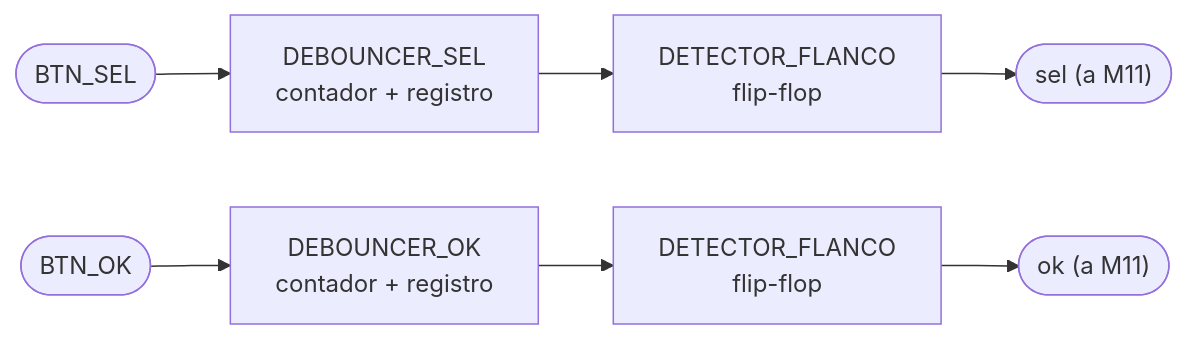
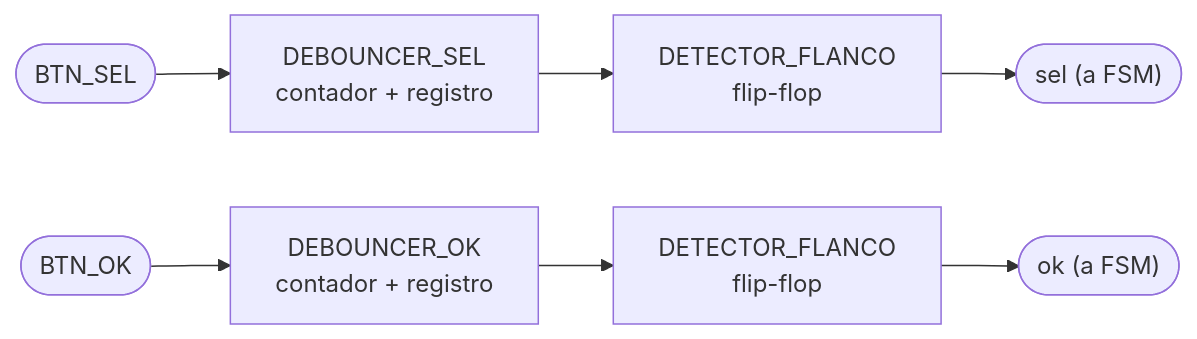
One commit to Taller-de-diseno-digital-GR01/Proyecto-2-Ahorcado changed the tenth of 13 diagrams in docs/diseño/diagramas/nivel03.md. Above: the diagram before and after it, drawn with Mermaid. The commit also changed other lines of this file and 1 other file, not shown here.

````diff
--- a/docs/diseño/diagramas/nivel03.md
+++ b/docs/diseño/diagramas/nivel03.md
@@ -366,9 +396,9 @@
 ```mermaid
 flowchart LR
     IN_SEL(["BTN_SEL"]) --> DEB1["DEBOUNCER_SEL<br/>contador + registro"]
     DEB1 --> EDGE1["DETECTOR_FLANCO<br/>flip-flop"]
-    EDGE1 --> OUT_SEL(["sel (a M11)"])
+    EDGE1 --> OUT_SEL(["sel (a FSM)"])
     IN_OK(["BTN_OK"]) --> DEB2["DEBOUNCER_OK<br/>contador + registro"]
     DEB2 --> EDGE2["DETECTOR_FLANCO<br/>flip-flop"]
-    EDGE2 --> OUT_OK(["ok (a M11)"])
+    EDGE2 --> OUT_OK(["ok (a FSM)"])
 ```
````
